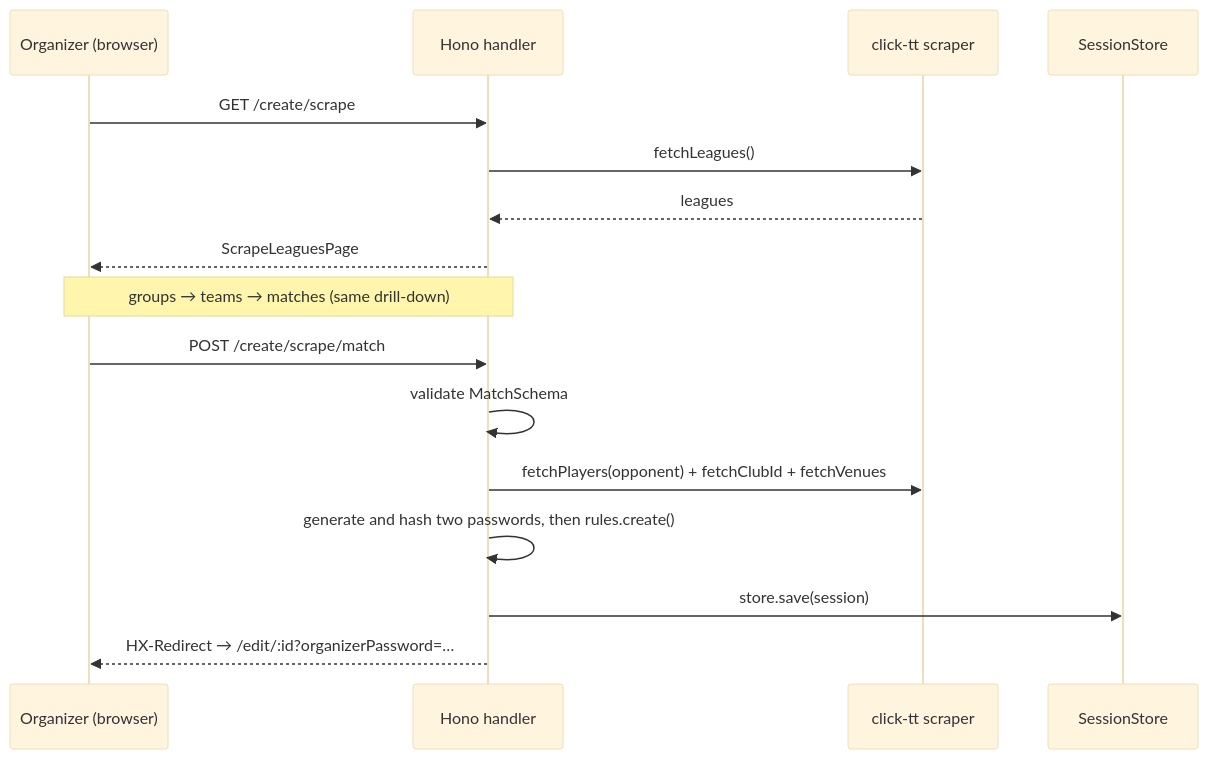
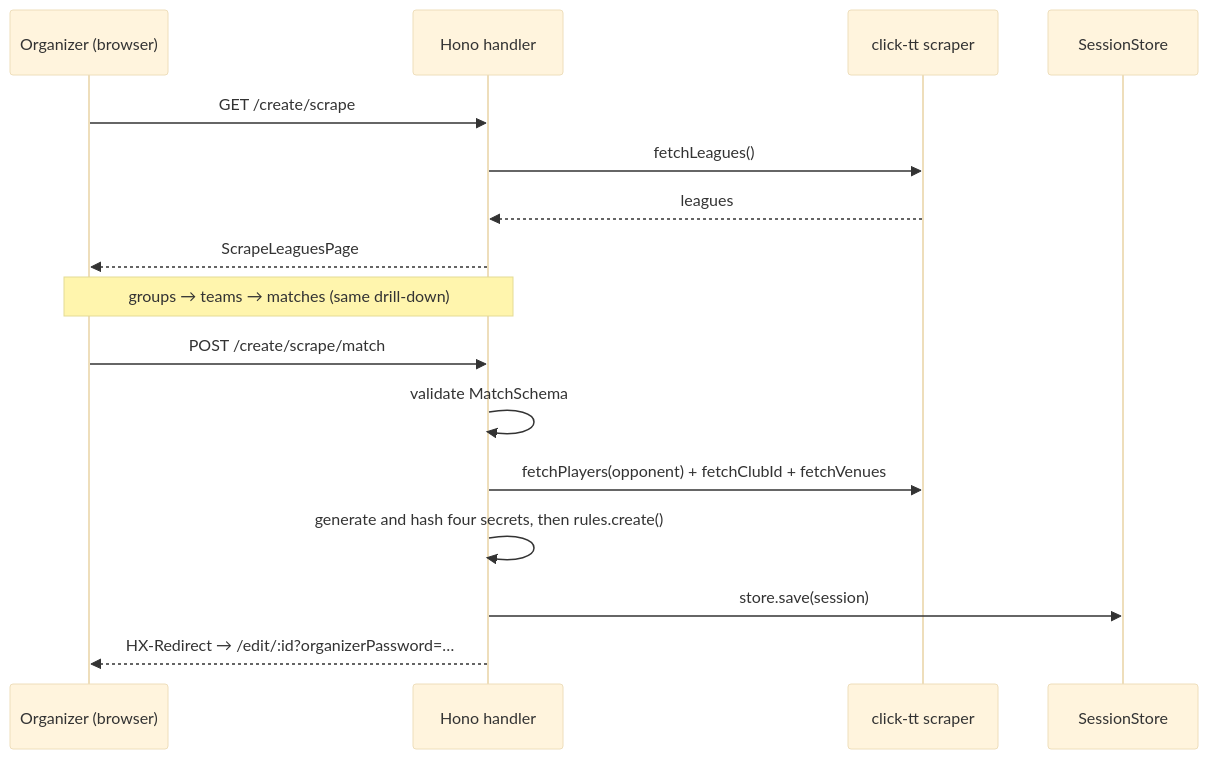
One commit to HonoluluHenk/postpony changed the first of 4 diagrams in docs/arc42/06-runtime-view.md. Above: the diagram before and after it, drawn with Mermaid (base theme). The commit also changed other lines of this file and 9 other files, not shown here.

Commit message:
docs(arc42): reflect the two-captain four-secret security model

````diff
--- a/docs/arc42/06-runtime-view.md
+++ b/docs/arc42/06-runtime-view.md
@@ -5,18 +5,18 @@
 ```mermaid
 sequenceDiagram
     participant O as Organizer (browser)
     participant H as Hono handler
     participant S as click-tt scraper
     participant DB as SessionStore
     O ->> H: GET /create/scrape
     H ->> S: fetchLeagues()
     S -->> H: leagues
     H -->> O: ScrapeLeaguesPage
     Note over O, H: groups → teams → matches (same drill-down)
     O ->> H: POST /create/scrape/match
     H ->> H: validate MatchSchema
     H ->> S: fetchPlayers(opponent) + fetchClubId + fetchVenues
-    H ->> H: generate and hash two passwords, then rules.create()
+    H ->> H: generate and hash four secrets, then rules.create()
     H ->> DB: store.save(session)
     H -->> O: HX-Redirect → /edit/:id?organizerPassword=…
 ```
````
